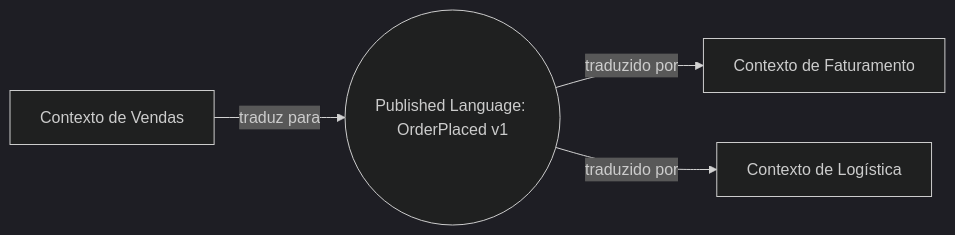
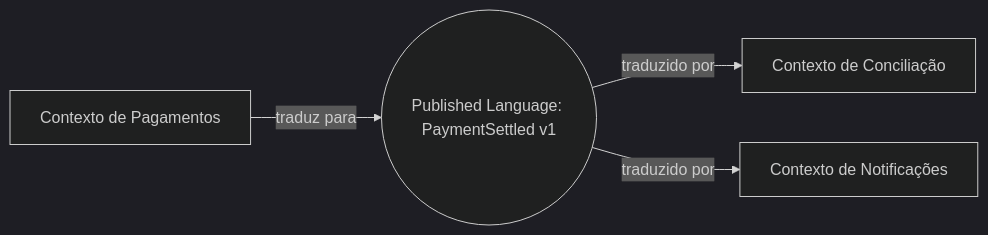
Before and after one commit to alancesar/design-patterns: the diagram in docs/design/ddd/context-mapping/published-language.md, drawn with Mermaid (dark theme). The commit also changed other lines of this file and 67 other files, not shown here.

First line of the commit message:
Switch DDD examples and diagrams to fintech scenarios

````diff
--- a/docs/design/ddd/context-mapping/published-language.md
+++ b/docs/design/ddd/context-mapping/published-language.md
@@ -56,6 +56,6 @@
 ```mermaid
 flowchart LR
-    A["Contexto de Vendas"] -->|"traduz para"| PL(("Published Language: OrderPlaced v1"))
-    PL -->|"traduzido por"| B["Contexto de Faturamento"]
-    PL -->|"traduzido por"| C["Contexto de Logística"]
+    A["Contexto de Pagamentos"] -->|"traduz para"| PL(("Published Language: PaymentSettled v1"))
+    PL -->|"traduzido por"| B["Contexto de Conciliação"]
+    PL -->|"traduzido por"| C["Contexto de Notificações"]
 ```
````
